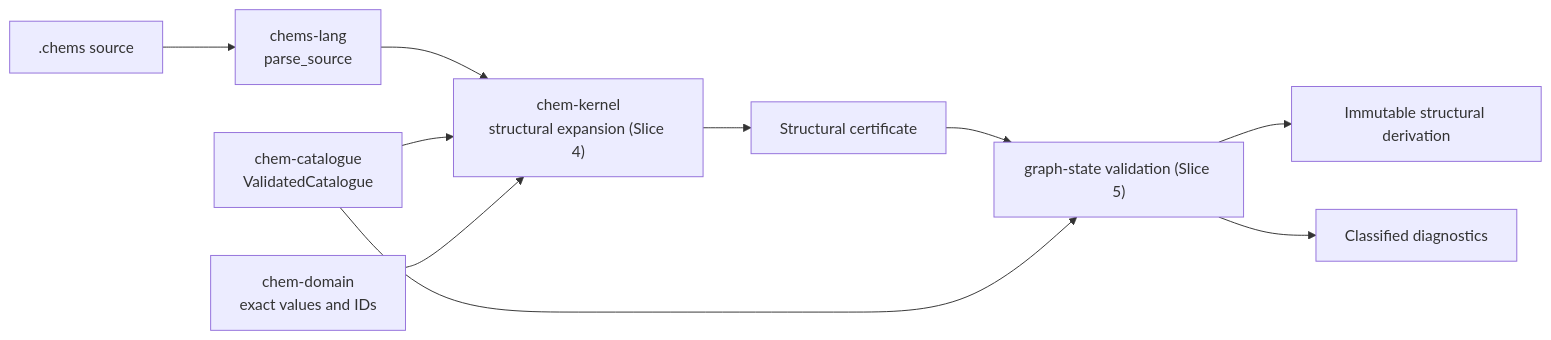
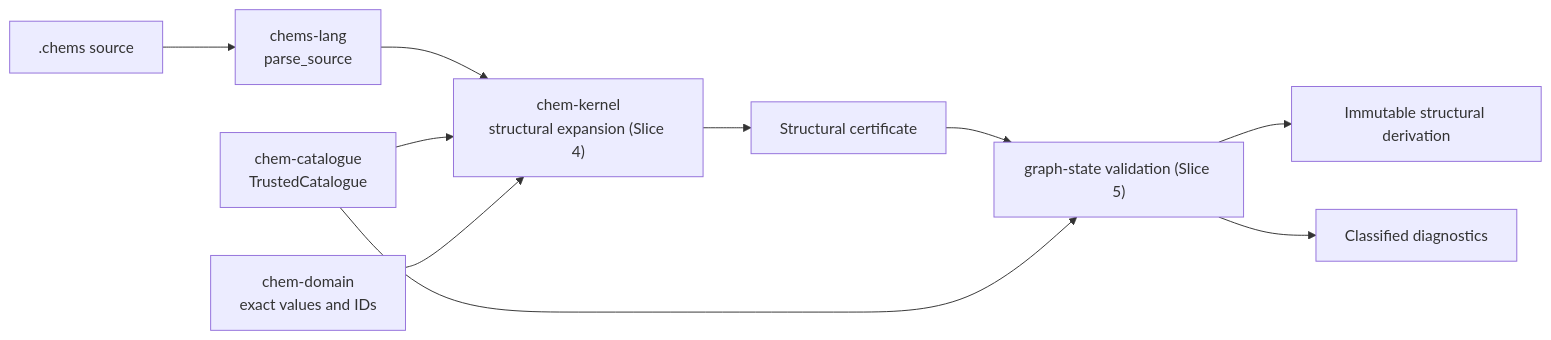
One commit to charles-mills/ChemSpec changed the diagram in crates/chem-kernel/README.md. Above: the diagram before and after it, drawn with Mermaid. The commit also changed 18 other files, not shown here.

````diff
--- a/crates/chem-kernel/README.md
+++ b/crates/chem-kernel/README.md
@@ -13,12 +13,12 @@
 ```mermaid
 flowchart LR
     source[".chems source"] --> frontend["chems-lang<br/>parse_source"]
     frontend --> elaborate["chem-kernel<br/>structural expansion (Slice 4)"]
-    catalogue["chem-catalogue<br/>ValidatedCatalogue"] --> elaborate
+    catalogue["chem-catalogue<br/>TrustedCatalogue"] --> elaborate
     domain["chem-domain<br/>exact values and IDs"] --> elaborate
     elaborate --> hir["Structural certificate"]
     hir --> kernel["graph-state validation (Slice 5)"]
     catalogue --> kernel
     kernel --> derivation["Immutable structural derivation"]
     kernel --> diagnostics["Classified diagnostics"]
 ```
````
